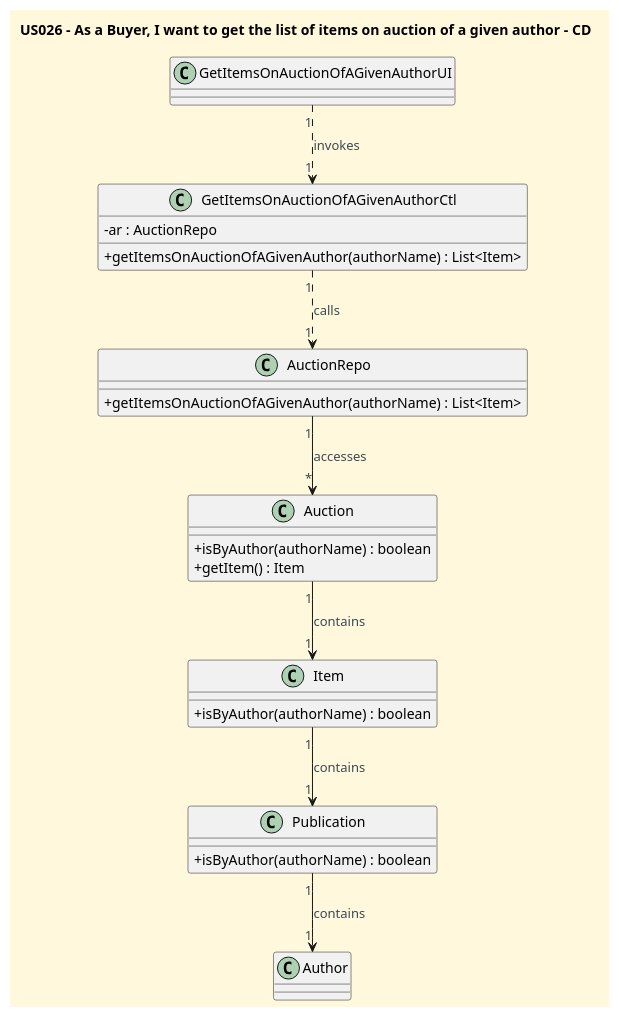
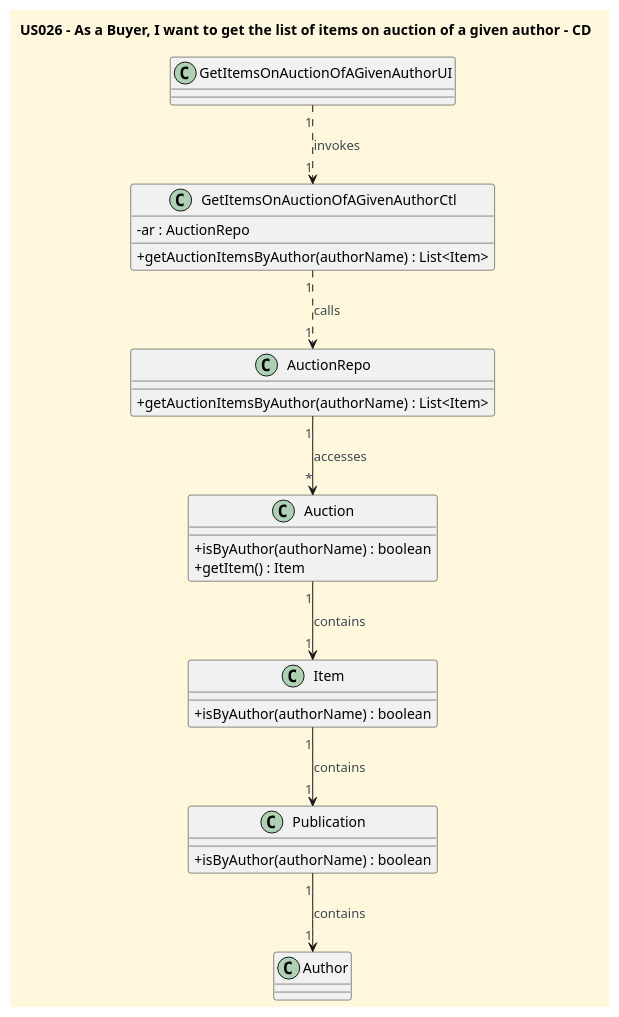
Before and after one commit to CarolinaLeite-collab/JavaMarketplacePlatform: the diagram in docs/userStories/US026/US026_get_list_of_items_on_auction_of_given_author_CD_2.puml, drawn with PlantUML. The commit also changed 3 other files, not shown here.

Commit message:
#93 - Updated SD and CD diagrams for US026 (corrected method names)

```diff
--- a/docs/userStories/US026/US026_get_list_of_items_on_auction_of_given_author_CD_2.puml
+++ b/docs/userStories/US026/US026_get_list_of_items_on_auction_of_given_author_CD_2.puml
@@ -1,59 +1,59 @@
 @startuml
 'https://plantuml.com/class-diagram
 title US026 - As a Buyer, I want to get the list of items on auction of a given author - CD
 
 '==== basic style ====
 skinparam monochrome false
 skinparam shadowing false
 skinparam defaultFontName Futura
 skinparam objectFontSize 20
 skinparam backgroundColor CornSilk
 skinparam objectBackgroundColor WhiteSmoke
 skinparam noteBackgroundColor #FFFFE0
 skinparam ArrowFontColor #3B4953
 skinparam ActivationBackgroundColor black
 skinparam classAttributeIconSize 0
 
 
 class GetItemsOnAuctionOfAGivenAuthorUI {
 
 }
 
 class GetItemsOnAuctionOfAGivenAuthorCtl {
 - ar : AuctionRepo
-+ getItemsOnAuctionOfAGivenAuthor(authorName) : List<Item>
++ getAuctionItemsByAuthor(authorName) : List<Item>
 }
 
 class AuctionRepo {
-+ getItemsOnAuctionOfAGivenAuthor(authorName) : List<Item>
++ getAuctionItemsByAuthor(authorName) : List<Item>
 }
 
 class Auction {
 + isByAuthor(authorName) : boolean
 + getItem() : Item
 }
 
 class Item {
 
 + isByAuthor(authorName) : boolean
 
 }
 
 class Publication {
 
 + isByAuthor(authorName) : boolean
 
 }
 
 class Author {
 
 }
 
 GetItemsOnAuctionOfAGivenAuthorUI "1" ..> "1" GetItemsOnAuctionOfAGivenAuthorCtl : invokes
 GetItemsOnAuctionOfAGivenAuthorCtl "1" ..> "1" AuctionRepo : calls
 AuctionRepo "1" --> "*" Auction : accesses
 Auction "1" --> "1" Item : contains
 Item "1" --> "1" Publication : contains
 Publication "1" --> "1" Author : contains
 
 @enduml
```
